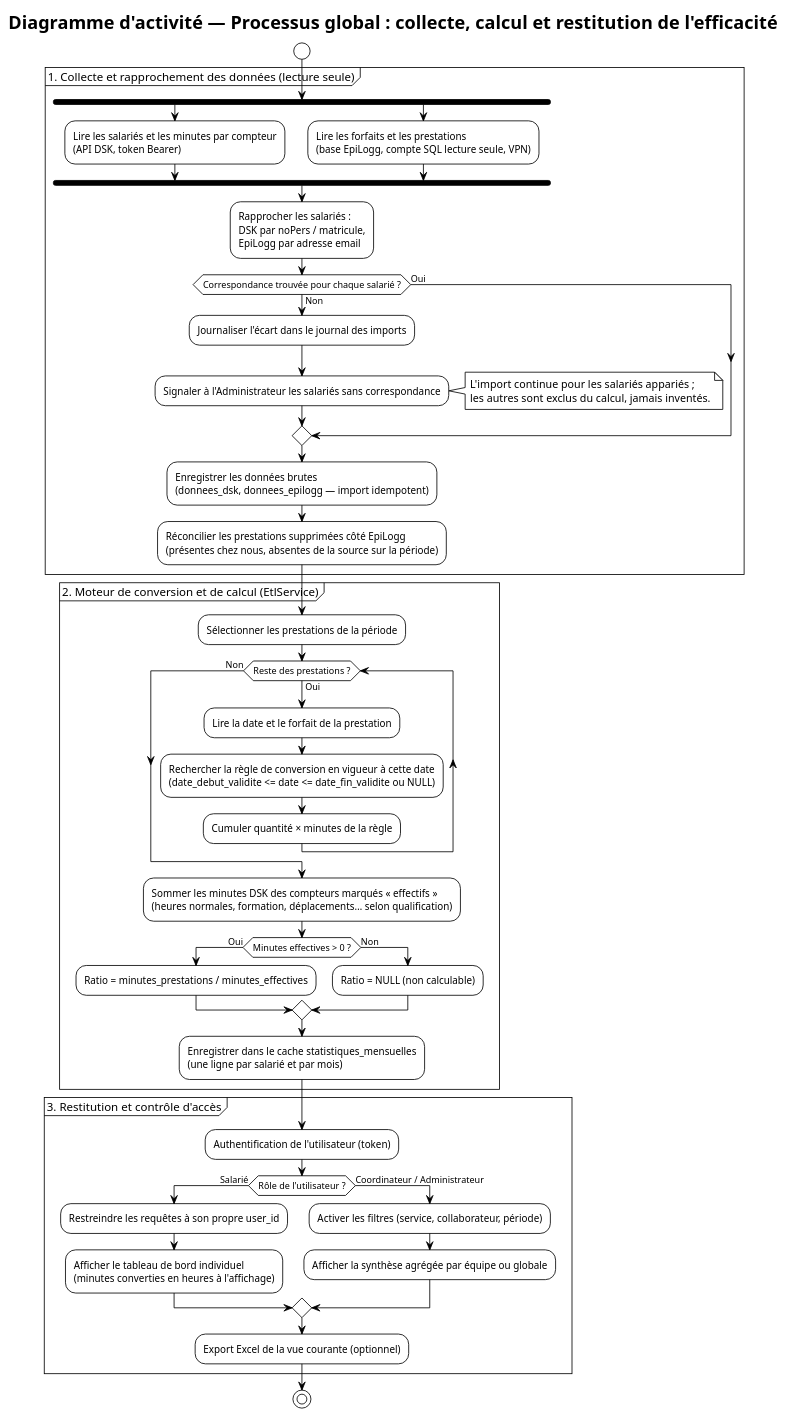
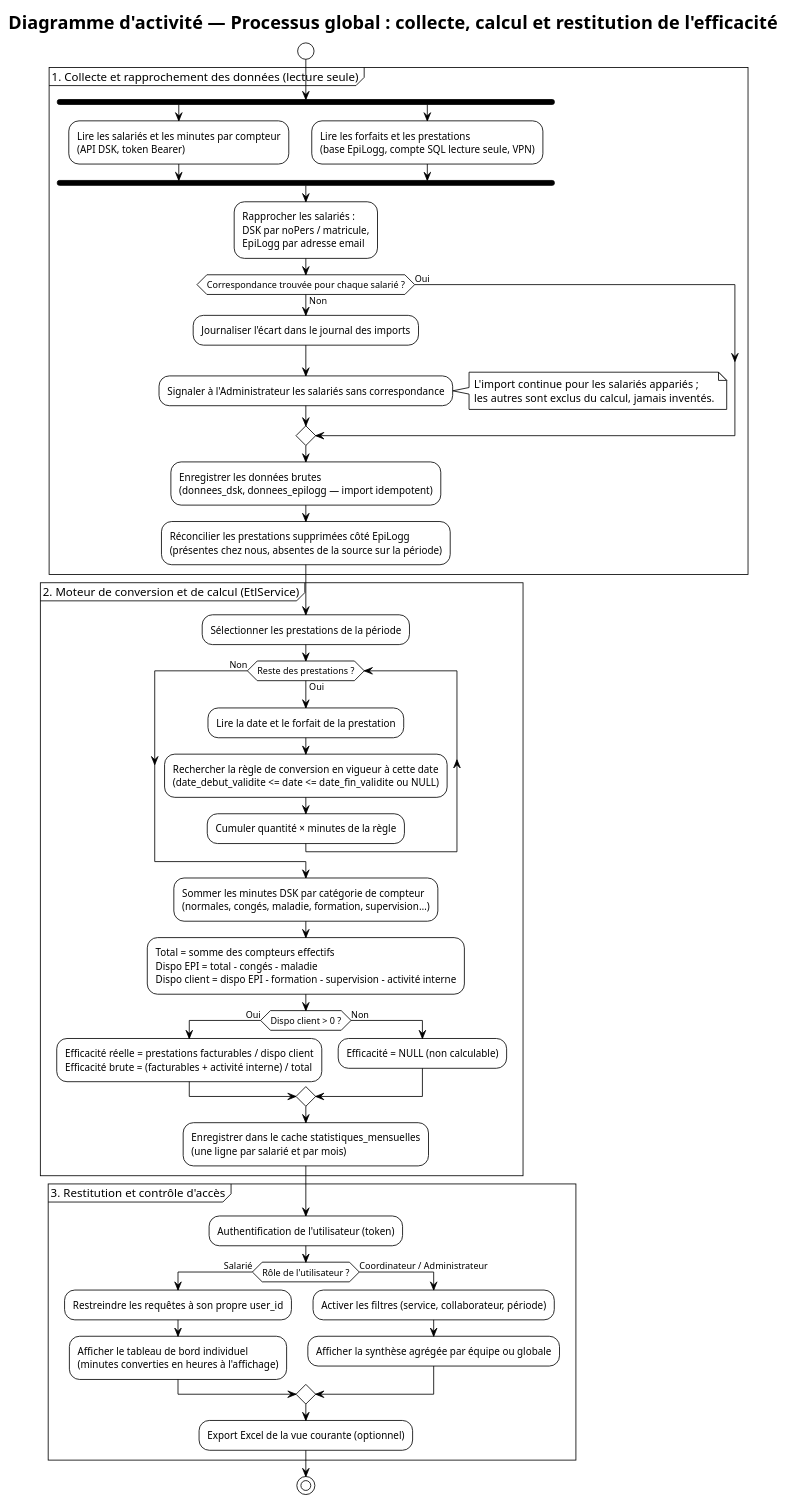
One commit to midjix/plantuml changed the diagram in diagrammes d'activité/diagramme_d'activité.md. Above: the diagram before and after it, drawn with PlantUML. The commit also changed 2 other files, not shown here.

Commit message:
docs(uml): efficiency cascade and replaced-window strategy
- global activity diagram: real cascade (total -> dispo EPI -> dispo client,
  real and gross efficiency) instead of "prestations / effective hours"
- sequence 3: real EpiLogg query (benefits -> attends -> attend_types,
  interventions, service_package_used), replaced window in a transaction
  for both sources, consolidation by ConsolidationService / CalculEfficacite
- README: update journal

````diff
--- a/diagrammes d'activité/diagramme_d'activité.md
+++ b/diagrammes d'activité/diagramme_d'activité.md
@@ -1,67 +1,68 @@
 ```plantuml
 @startuml
 !theme plain
 title Diagramme d'activité — Processus global : collecte, calcul et restitution de l'efficacité
 
 start
 
 partition "1. Collecte et rapprochement des données (lecture seule)" {
     fork
         :Lire les salariés et les minutes par compteur\n(API DSK, token Bearer);
     fork again
         :Lire les forfaits et les prestations\n(base EpiLogg, compte SQL lecture seule, VPN);
     end fork
 
     :Rapprocher les salariés :\nDSK par noPers / matricule,\nEpiLogg par adresse email;
 
     if (Correspondance trouvée pour chaque salarié ?) then (Non)
         :Journaliser l'écart dans le journal des imports;
         :Signaler à l'Administrateur les salariés sans correspondance;
         note right
           L'import continue pour les salariés appariés ;
           les autres sont exclus du calcul, jamais inventés.
         end note
     else (Oui)
     endif
 
     :Enregistrer les données brutes\n(donnees_dsk, donnees_epilogg — import idempotent);
     :Réconcilier les prestations supprimées côté EpiLogg\n(présentes chez nous, absentes de la source sur la période);
 }
 
 partition "2. Moteur de conversion et de calcul (EtlService)" {
     :Sélectionner les prestations de la période;
 
     while (Reste des prestations ?) is (Oui)
         :Lire la date et le forfait de la prestation;
         :Rechercher la règle de conversion en vigueur à cette date\n(date_debut_validite <= date <= date_fin_validite ou NULL);
         :Cumuler quantité × minutes de la règle;
     endwhile (Non)
 
-    :Sommer les minutes DSK des compteurs marqués « effectifs »\n(heures normales, formation, déplacements… selon qualification);
+    :Sommer les minutes DSK par catégorie de compteur\n(normales, congés, maladie, formation, supervision…);
+    :Total = somme des compteurs effectifs\nDispo EPI = total - congés - maladie\nDispo client = dispo EPI - formation - supervision - activité interne;
 
-    if (Minutes effectives > 0 ?) then (Oui)
-        :Ratio = minutes_prestations / minutes_effectives;
+    if (Dispo client > 0 ?) then (Oui)
+        :Efficacité réelle = prestations facturables / dispo client\nEfficacité brute = (facturables + activité interne) / total;
     else (Non)
-        :Ratio = NULL (non calculable);
+        :Efficacité = NULL (non calculable);
     endif
 
     :Enregistrer dans le cache statistiques_mensuelles\n(une ligne par salarié et par mois);
 }
 
 partition "3. Restitution et contrôle d'accès" {
     :Authentification de l'utilisateur (token);
 
     if (Rôle de l'utilisateur ?) then (Salarié)
         :Restreindre les requêtes à son propre user_id;
         :Afficher le tableau de bord individuel\n(minutes converties en heures à l'affichage);
     else (Coordinateur / Administrateur)
         :Activer les filtres (service, collaborateur, période);
         :Afficher la synthèse agrégée par équipe ou globale;
     endif
 
     :Export Excel de la vue courante (optionnel);
 }
 
 stop
 @enduml
 ```
````
